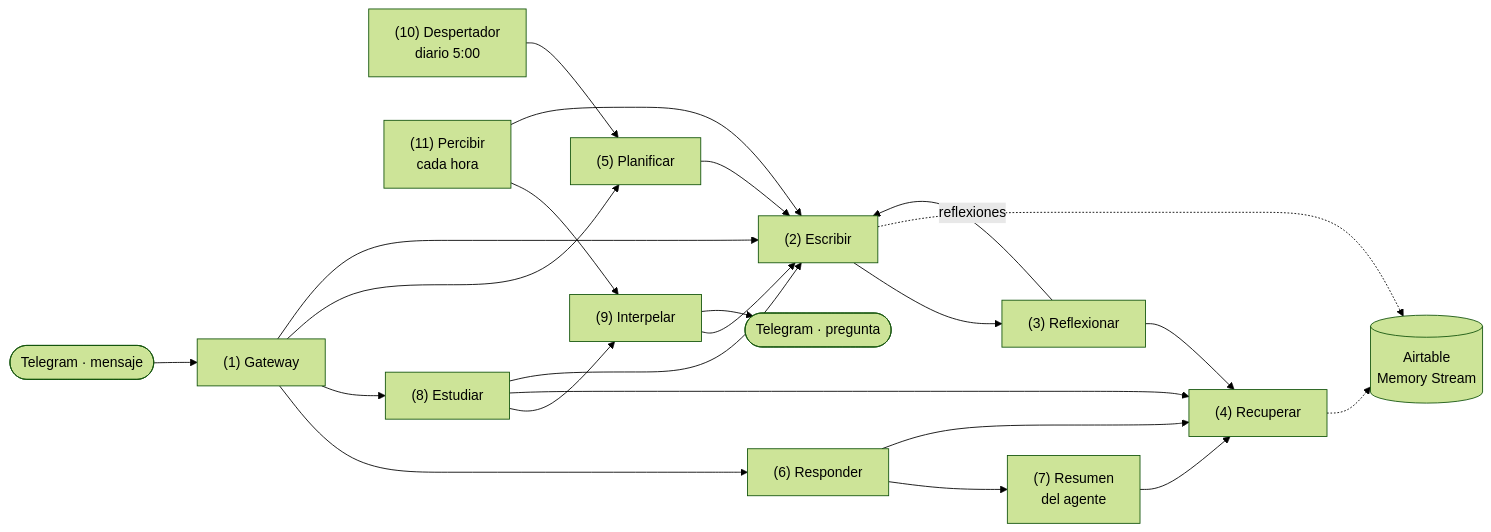
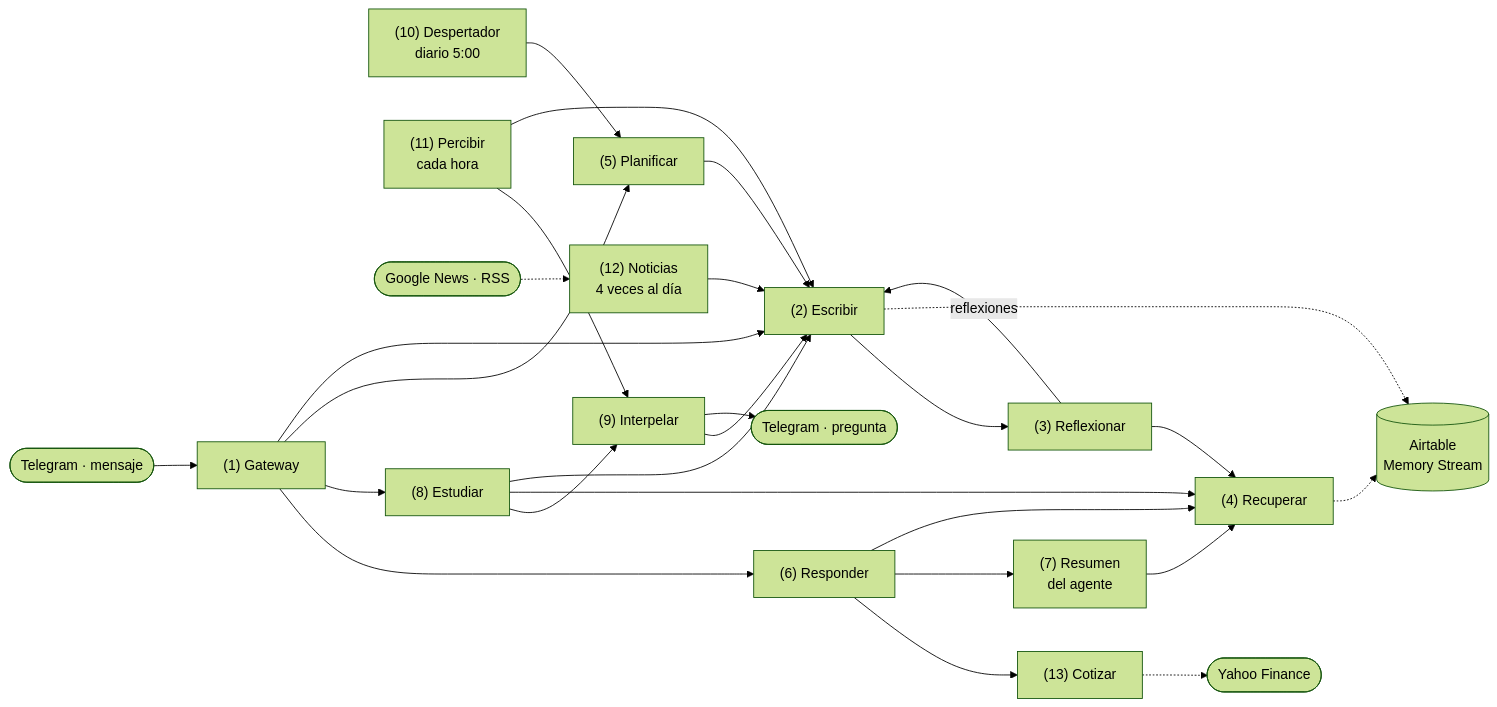
One commit to aguscort/generative-agent changed the diagram in DOCUMENTACION.md. Above: the diagram before and after it, drawn with Mermaid (forest theme). The commit also changed other lines of this file and 1 other file, not shown here.

````diff
--- a/DOCUMENTACION.md
+++ b/DOCUMENTACION.md
@@ -39,25 +41,29 @@
 ```mermaid
 flowchart LR
     TG([Telegram · mensaje]) --> GW["(1) Gateway"]
     DSP["(10) Despertador<br/>diario 5:00"] --> PL
     PER["(11) Percibir<br/>cada hora"] --> INT
     PER --> ESC
     GW --> RS["(6) Responder"]
+    RS --> COT["(13) Cotizar"]
+    COT -.-> YF([Yahoo Finance])
+    NOT["(12) Noticias<br/>4 veces al día"] --> ESC
+    RSS([Google News · RSS]) -.-> NOT
     GW --> EST["(8) Estudiar"]
     GW --> PL["(5) Planificar"]
     GW --> ESC
     RS --> RES["(7) Resumen<br/>del agente"]
     RS --> REC
     RES --> REC
     EST --> INT["(9) Interpelar"]
     EST --> REC
     EST --> ESC
     INT --> ESC
     INT --> TGO([Telegram · pregunta])
     PL --> ESC["(2) Escribir"]
     ESC --> REF["(3) Reflexionar"]
     REF --> REC["(4) Recuperar"]
     REF -- reflexiones --> ESC
     ESC -.-> AT[(Airtable<br/>Memory Stream)]
     REC -.-> AT
 ```
````
